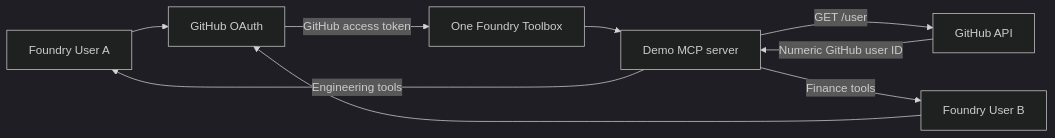
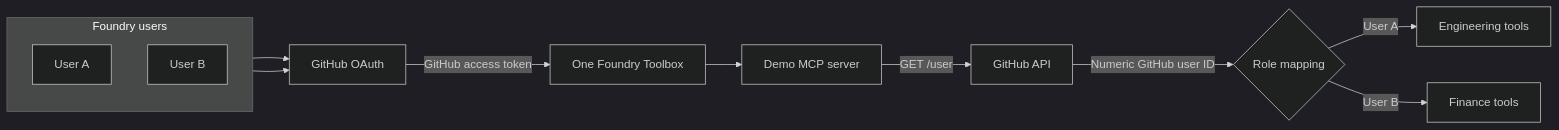
One commit to shpengmsft/foundry-toolbox-user-scoped-mcp-demo changed the diagram in docs/setup-guide.md. Above: the diagram before and after it, drawn with Mermaid (dark theme).

Commit message:
Improve setup architecture diagram

Copilot-Session: ccc4f895-87c3-4184-9890-333fb1680ee1

````diff
--- a/docs/setup-guide.md
+++ b/docs/setup-guide.md
@@ -8,11 +8,17 @@
 ```mermaid
 flowchart LR
-    A[Foundry User A] --> O[GitHub OAuth]
-    B[Foundry User B] --> O
+    subgraph U[Foundry users]
+        direction TB
+        A[User A]
+        B[User B]
+    end
+
+    A --> O[GitHub OAuth]
+    B --> O
     O -->|GitHub access token| T[One Foundry Toolbox]
     T --> M[Demo MCP server]
     M -->|GET /user| G[GitHub API]
-    G -->|Numeric GitHub user ID| M
-    M -->|Engineering tools| A
-    M -->|Finance tools| B
+    G -->|Numeric GitHub user ID| R{Role mapping}
+    R -->|User A| E[Engineering tools]
+    R -->|User B| F[Finance tools]
 ```
````
